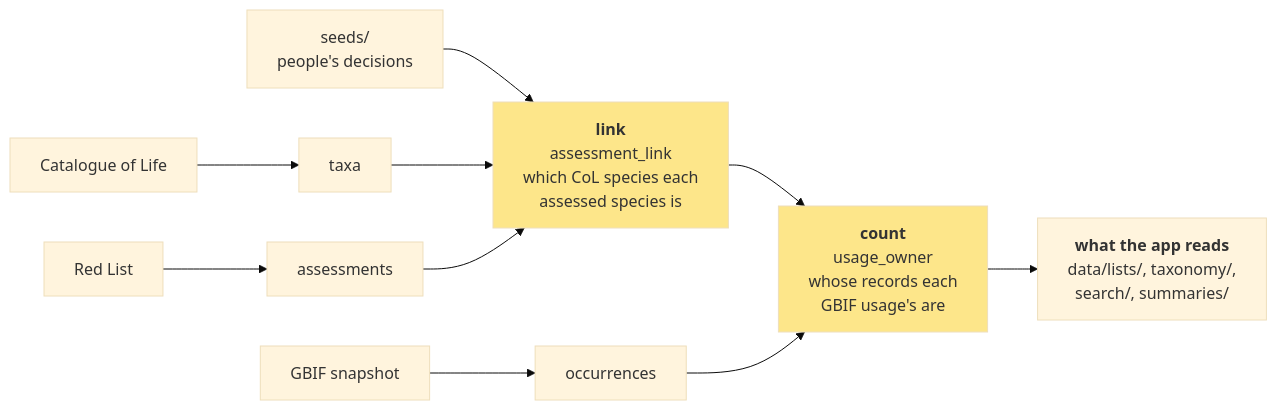
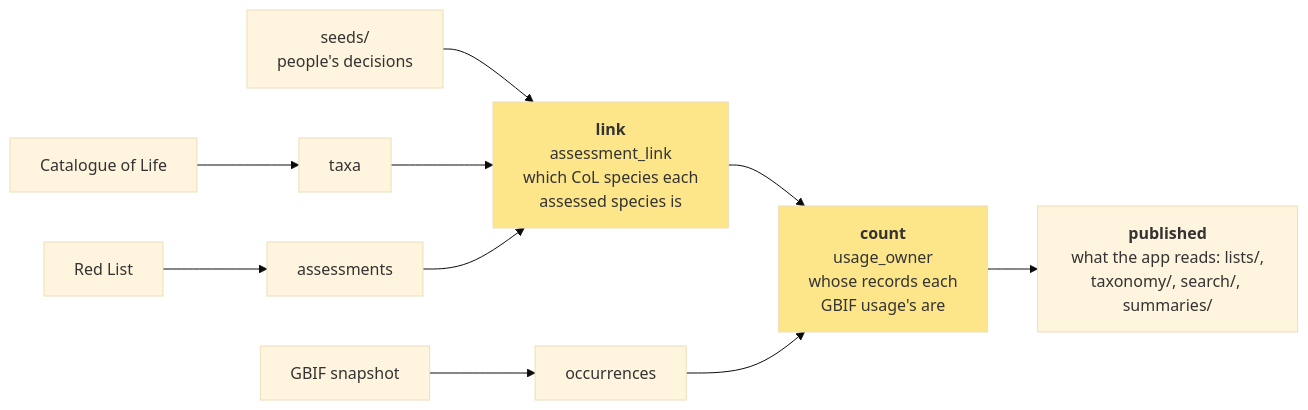
Before and after one commit to shaneweisz/redlist-dashboard: the diagram in docs/sync.md, drawn with Mermaid (base theme). The commit also changed other lines of this file and 11 other files, not shown here.

````diff
--- a/docs/sync.md
+++ b/docs/sync.md
@@ -5,14 +5,14 @@
 ```mermaid
 flowchart LR
   col[Catalogue of Life] --> taxa
   rl[Red List] --> assessments
   gbif[GBIF snapshot] --> occurrences
   seeds["seeds/<br/>people's decisions"] --> link
   taxa --> link
   assessments --> link
   link["<b>link</b><br/>assessment_link<br/>which CoL species each<br/>assessed species is"] --> count
   occurrences --> count
-  count["<b>count</b><br/>usage_owner<br/>whose records each<br/>GBIF usage's are"] --> app["<b>what the app reads</b><br/>data/lists/, taxonomy/,<br/>search/, summaries/"]
+  count["<b>count</b><br/>usage_owner<br/>whose records each<br/>GBIF usage's are"] --> app["<b>published</b><br/>what the app reads: lists/,<br/>taxonomy/, search/, summaries/"]
   style link fill:#fde68a
   style count fill:#fde68a
 ```
````
